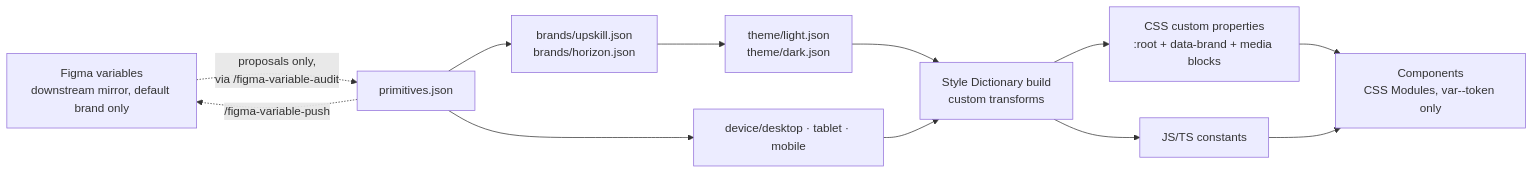
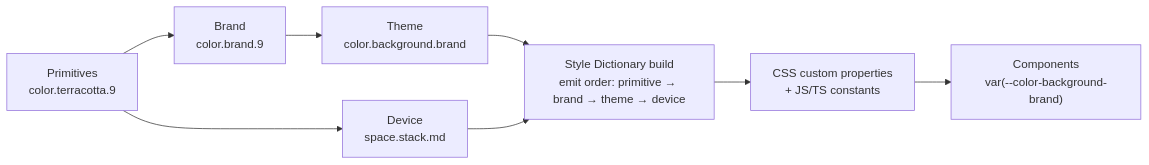
The first of 2 diagrams in docs/01-token-pipeline.md (F4cu/upskill-design-system), drawn with Mermaid before and after one commit. The commit also changed other lines of this file, not shown here.

First line of the commit message:
docs(token-pipeline): simplify build graph and add worked CSS example

````diff
--- a/docs/01-token-pipeline.md
+++ b/docs/01-token-pipeline.md
@@ -90,14 +90,10 @@
 ```mermaid
 flowchart LR
-    F[Figma variables<br/>downstream mirror, default brand only] -.->|proposals only,<br/>via /figma-variable-audit| P
-    P[primitives.json] --> B[brands/upskill.json<br/>brands/horizon.json]
-    B --> T[theme/light.json<br/>theme/dark.json]
-    P --> D[device/desktop · tablet · mobile]
-    T --> SD[Style Dictionary build<br/>custom transforms]
+    P["Primitives<br/>color.terracotta.9"] --> B["Brand<br/>color.brand.9"]
+    B --> T["Theme<br/>color.background.brand"]
+    P --> D["Device<br/>space.stack.md"]
+    T --> SD["Style Dictionary build<br/>emit order: primitive → brand → theme → device"]
     D --> SD
-    SD --> CSS[CSS custom properties<br/>:root + data-brand + media blocks]
-    SD --> JS[JS/TS constants]
-    CSS --> C[Components<br/>CSS Modules, var--token only]
-    JS --> C
-    P -.->|/figma-variable-push| F
+    SD --> OUT["CSS custom properties<br/>+ JS/TS constants"]
+    OUT --> C["Components<br/>var(--color-background-brand)"]
 ```
````
